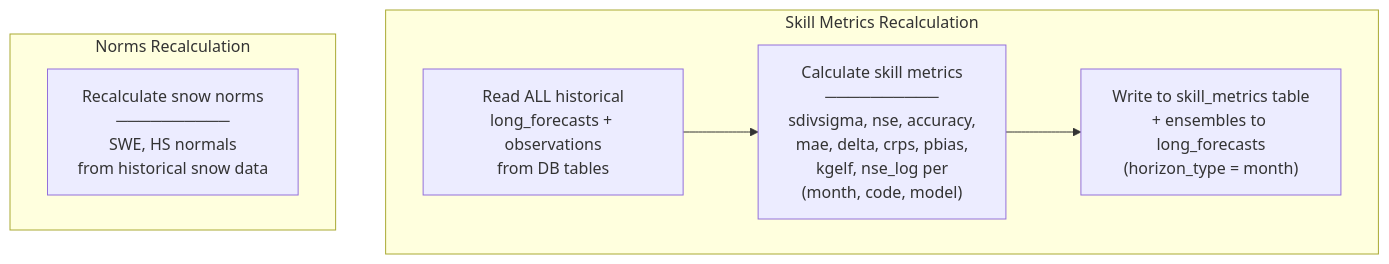
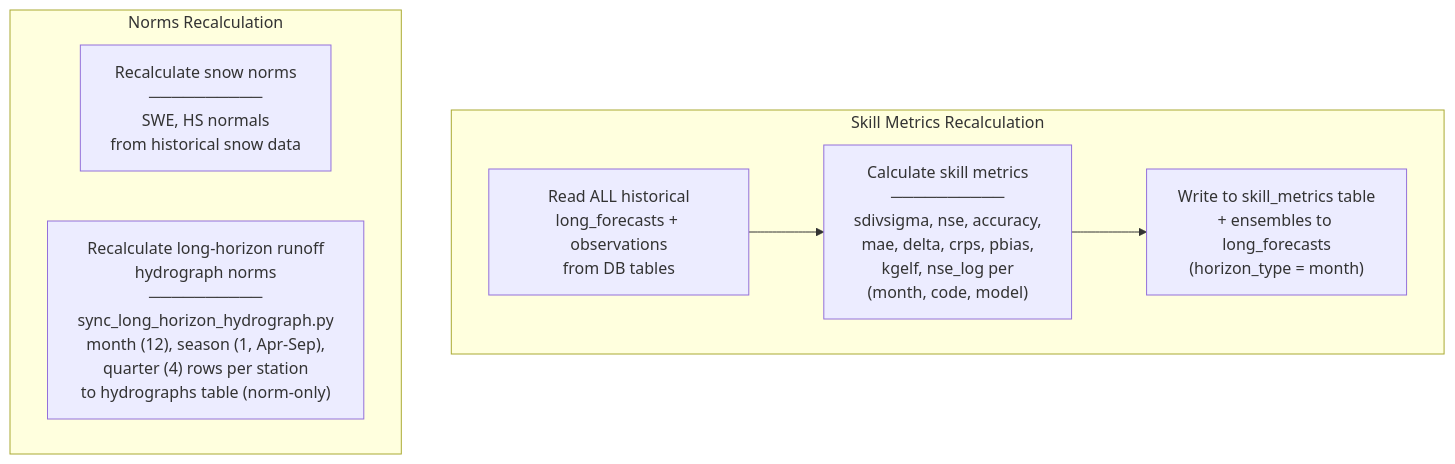
One commit to hydrosolutions/SAPPHIRE_Forecast_Tools changed the third of 3 diagrams in doc/data_flow_long_term.md. Above: the diagram before and after it, drawn with Mermaid. The commit also changed other lines of this file, not shown here.

First line of the commit message:
Document long-horizon hydrograph norm aggregation (incl. QUARTER)

````diff
--- a/doc/data_flow_long_term.md
+++ b/doc/data_flow_long_term.md
@@ -175,14 +175,15 @@
 ```mermaid
 flowchart TD
     subgraph SkillMetrics["Skill Metrics Recalculation"]
         SM_READ["Read ALL historical<br/>long_forecasts + observations<br/>from DB tables"]
         SM_CALC["Calculate skill metrics<br/>──────────<br/>sdivsigma, nse, accuracy,<br/>mae, delta, crps, pbias,<br/>kgelf, nse_log per<br/>(month, code, model)"]
         SM_WRITE["Write to skill_metrics table<br/>+ ensembles to long_forecasts<br/>(horizon_type = month)"]
     end
 
     SM_READ --> SM_CALC --> SM_WRITE
 
     subgraph Norms["Norms Recalculation"]
         N_SNOW["Recalculate snow norms<br/>──────────<br/>SWE, HS normals<br/>from historical snow data"]
+        N_RUNOFF["Recalculate long-horizon runoff<br/>hydrograph norms<br/>──────────<br/>sync_long_horizon_hydrograph.py<br/>month (12), season (1, Apr-Sep),<br/>quarter (4) rows per station<br/>to hydrographs table (norm-only)"]
     end
 ```
````
